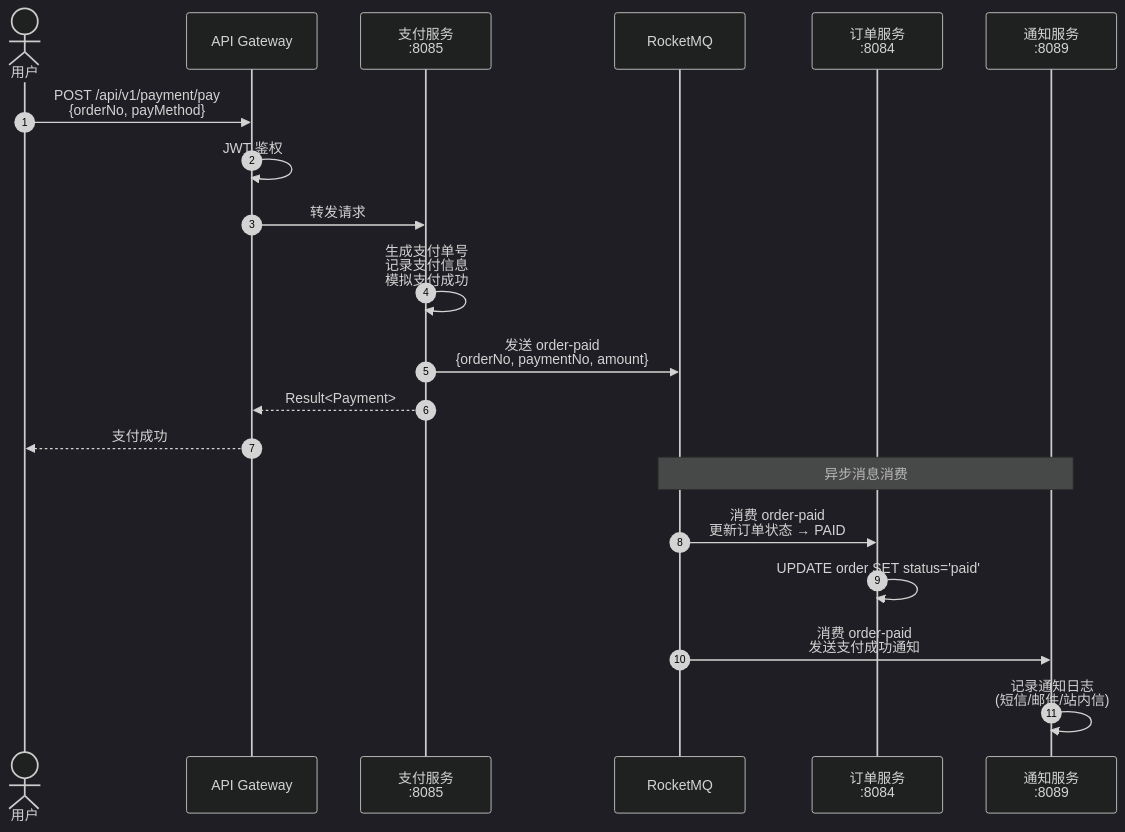
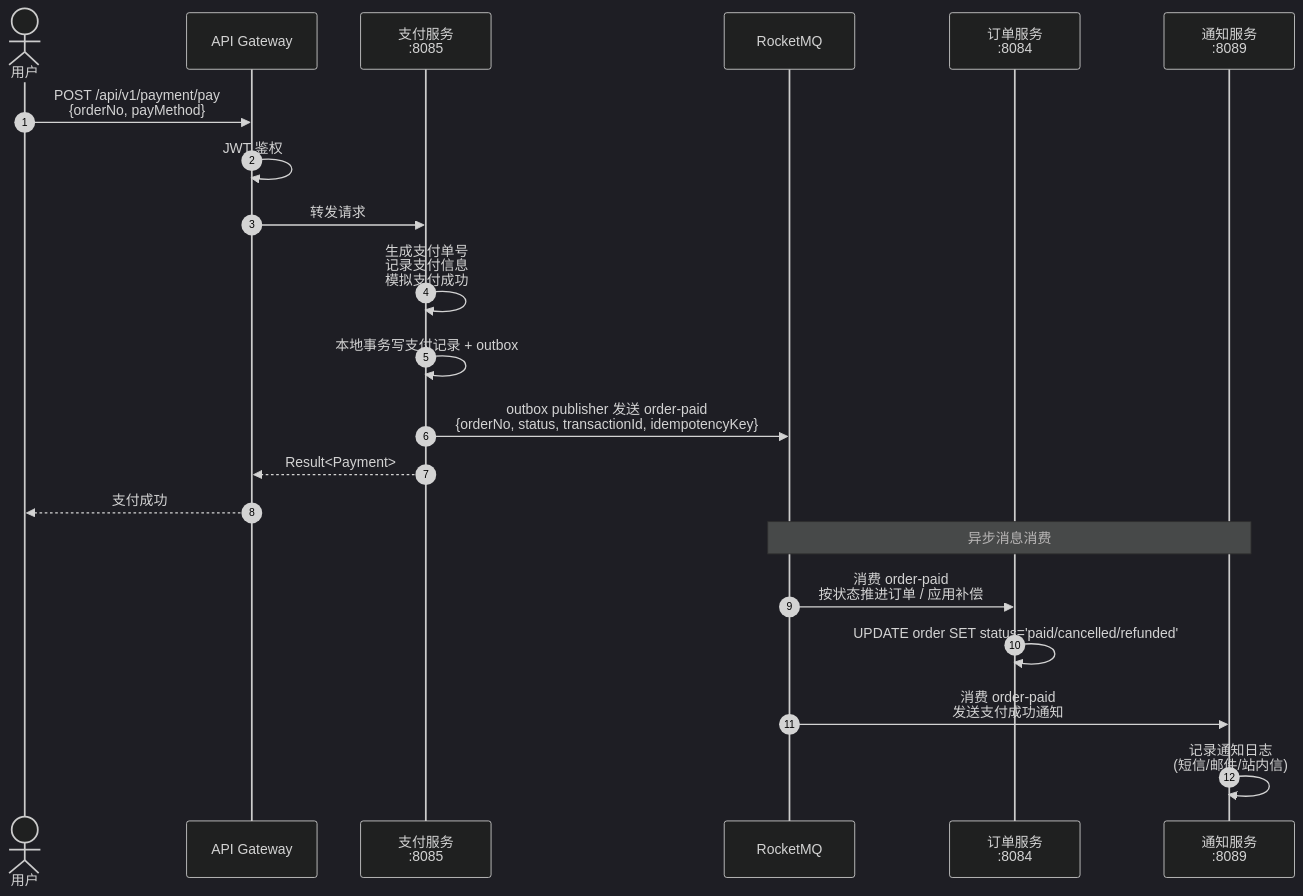
Before and after one commit to ZeYuYang1024/ecommerce-platform: the third of 7 diagrams in README.md, drawn with Mermaid (dark theme). The commit also changed other lines of this file and 45 other files, not shown here.

````diff
--- a/README.md
+++ b/README.md
@@ -309,29 +308,30 @@
 ```mermaid
 sequenceDiagram
     autonumber
     actor User as 用户
     participant GW as API Gateway
     participant PAY as 支付服务<br/>:8085
     participant MQ as RocketMQ
     participant ORDER as 订单服务<br/>:8084
     participant NOTIFY as 通知服务<br/>:8089
 
     User->>GW: POST /api/v1/payment/pay<br/>{orderNo, payMethod}
     GW->>GW: JWT 鉴权
     GW->>PAY: 转发请求
 
     PAY->>PAY: 生成支付单号<br/>记录支付信息<br/>模拟支付成功
 
-    PAY->>MQ: 发送 order-paid<br/>{orderNo, paymentNo, amount}
+    PAY->>PAY: 本地事务写支付记录 + outbox
+    PAY->>MQ: outbox publisher 发送 order-paid<br/>{orderNo, status, transactionId, idempotencyKey}
 
     PAY-->>GW: Result<Payment>
     GW-->>User: 支付成功
 
     Note over MQ,NOTIFY: 异步消息消费
 
-    MQ->>ORDER: 消费 order-paid<br/>更新订单状态 → PAID
-    ORDER->>ORDER: UPDATE order SET status='paid'
+    MQ->>ORDER: 消费 order-paid<br/>按状态推进订单 / 应用补偿
+    ORDER->>ORDER: UPDATE order SET status='paid/cancelled/refunded'
 
     MQ->>NOTIFY: 消费 order-paid<br/>发送支付成功通知
     NOTIFY->>NOTIFY: 记录通知日志<br/>(短信/邮件/站内信)
 ```
````
